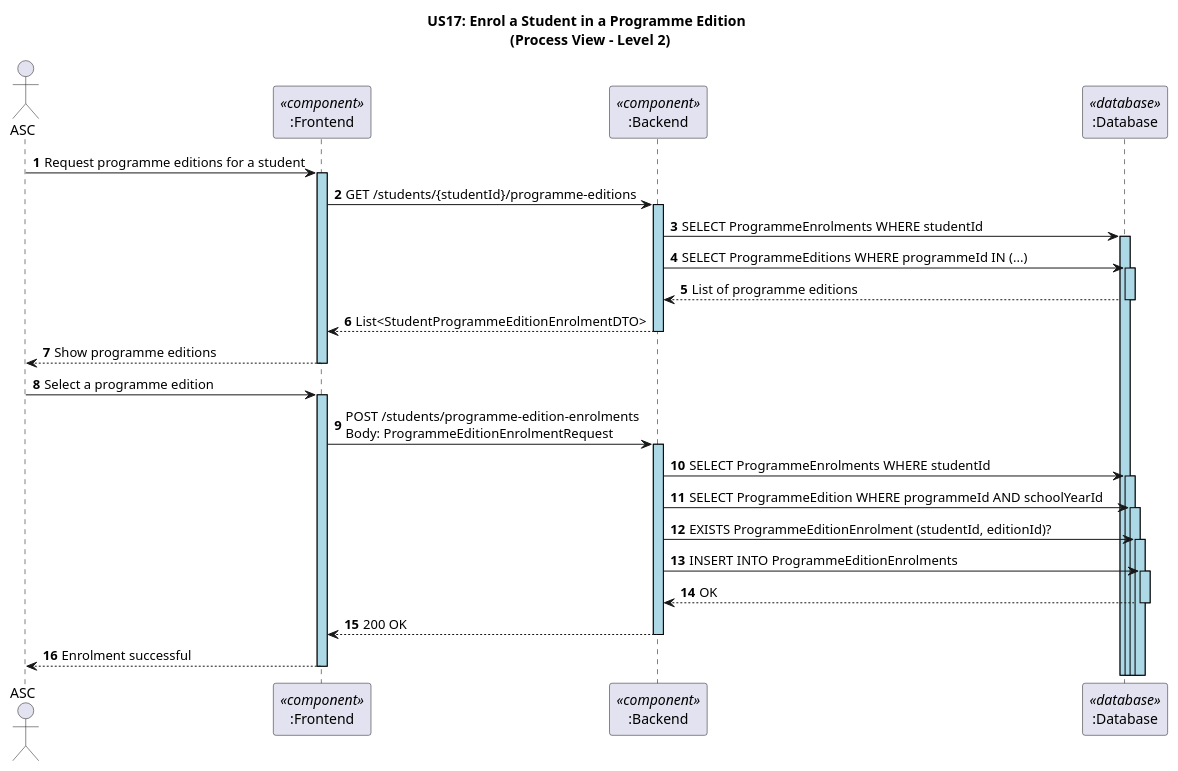
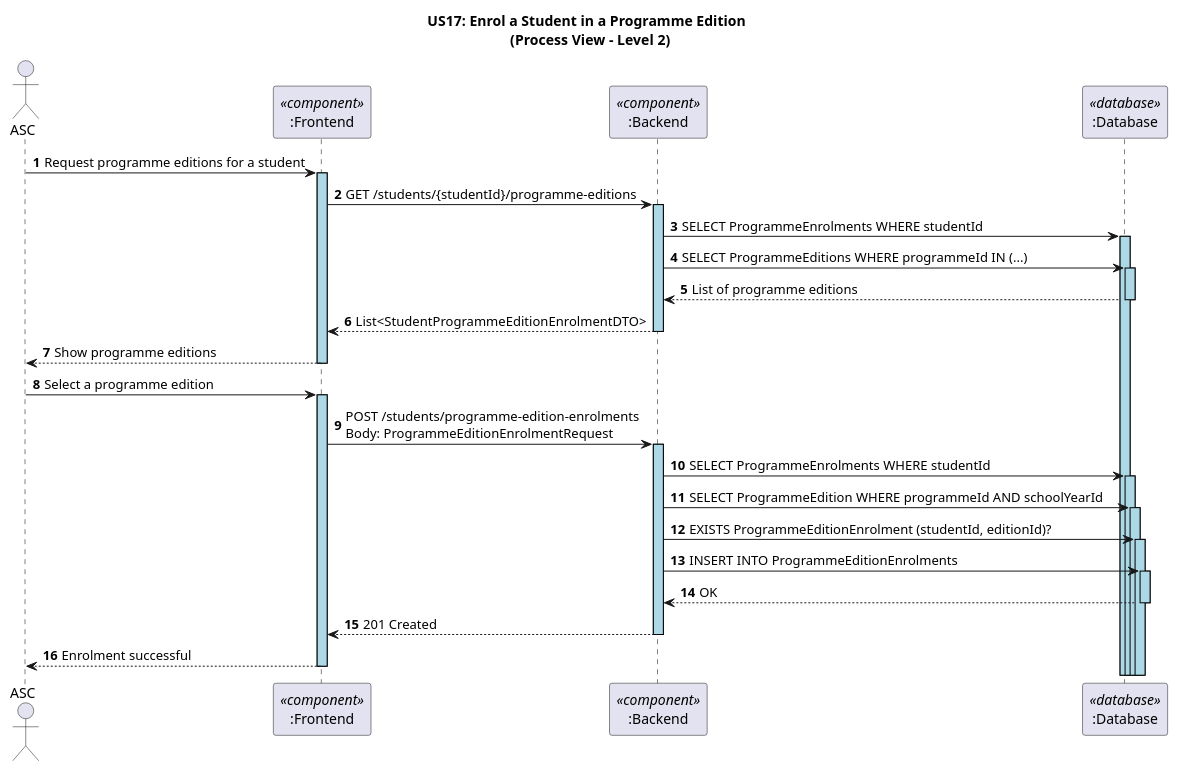
One commit to GasparISEP/DevOps-PAI changed the diagram in docs/US17/Sprint_6_RestAPI/ProcessView/US17_RestAPI_ProcessView_Level2.puml. Above: the diagram before and after it, drawn with PlantUML.

Commit message:
docs: Update Process View Level 2 for US17 (Enrol Student) with correct HTTP status #651

```diff
--- a/docs/US17/Sprint_6_RestAPI/ProcessView/US17_RestAPI_ProcessView_Level2.puml
+++ b/docs/US17/Sprint_6_RestAPI/ProcessView/US17_RestAPI_ProcessView_Level2.puml
@@ -1,40 +1,40 @@
 @startuml
 
 ' US17 - Enrol a Student in a Programme Edition
 ' Process View - Level 2 (Frontend, Backend, DB)
 
 autonumber
 
 skinparam sequence {
    LifelineBorderColor black
    LifelineBackgroundColor LightBlue
 }
 
 title US17: Enrol a Student in a Programme Edition \n (Process View - Level 2)
 
 actor ASC
 participant ":Frontend" as FE <<component>>
 participant ":Backend" as BE <<component>>
 participant ":Database" as DB <<database>>
 
 ' Fase 1 – Consulta
 ASC -> FE ++: Request programme editions for a student
 FE -> BE ++: GET /students/{studentId}/programme-editions
 BE -> DB ++: SELECT ProgrammeEnrolments WHERE studentId
 BE -> DB ++: SELECT ProgrammeEditions WHERE programmeId IN (...)
 DB --> BE --: List of programme editions
 BE --> FE --: List<StudentProgrammeEditionEnrolmentDTO>
 FE --> ASC --: Show programme editions
 
 ' Fase 2 – Inscrição
 ASC -> FE ++: Select a programme edition
 FE -> BE ++: POST /students/programme-edition-enrolments\nBody: ProgrammeEditionEnrolmentRequest
 BE -> DB ++: SELECT ProgrammeEnrolments WHERE studentId
 BE -> DB ++: SELECT ProgrammeEdition WHERE programmeId AND schoolYearId
 BE -> DB ++: EXISTS ProgrammeEditionEnrolment (studentId, editionId)?
 BE -> DB ++: INSERT INTO ProgrammeEditionEnrolments
 DB --> BE --: OK
-BE --> FE --: 200 OK
+BE --> FE --: 201 Created
 FE --> ASC --: Enrolment successful
 
 @enduml
```
